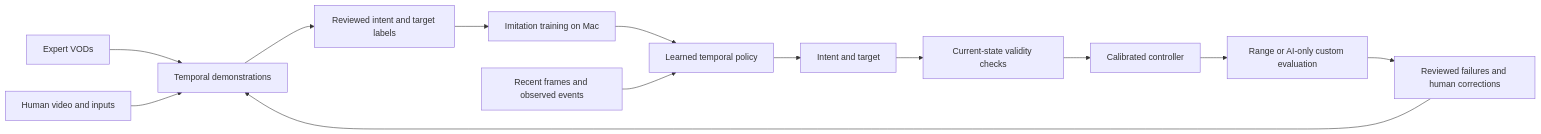
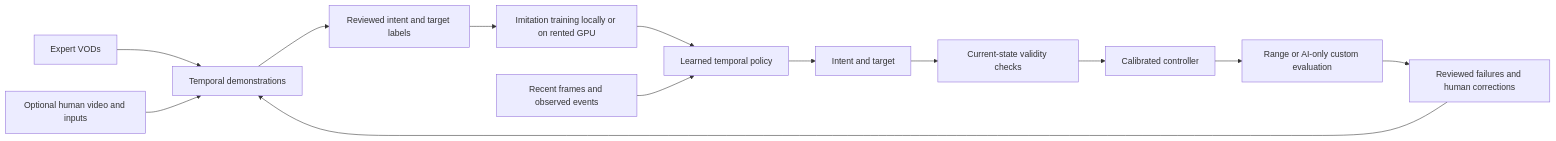
One commit to Volpestyle/rivals-agent changed the diagram in docs/learning-plan.md. Above: the diagram before and after it, drawn with Mermaid. The commit also changed other lines of this file and 1 other file, not shown here.

````diff
--- a/docs/learning-plan.md
+++ b/docs/learning-plan.md
@@ -69,15 +117,15 @@
 ```mermaid
 flowchart LR
     V[Expert VODs] --> D[Temporal demonstrations]
-    H[Human video and inputs] --> D
+    H[Optional human video and inputs] --> D
     D --> L[Reviewed intent and target labels]
-    L --> T[Imitation training on Mac]
+    L --> T[Imitation training locally or on rented GPU]
     T --> P[Learned temporal policy]
     F[Recent frames and observed events] --> P
     P --> I[Intent and target]
     I --> G[Current-state validity checks]
     G --> C[Calibrated controller]
     C --> E[Range or AI-only custom evaluation]
     E --> R[Reviewed failures and human corrections]
     R --> D
 ```
````
